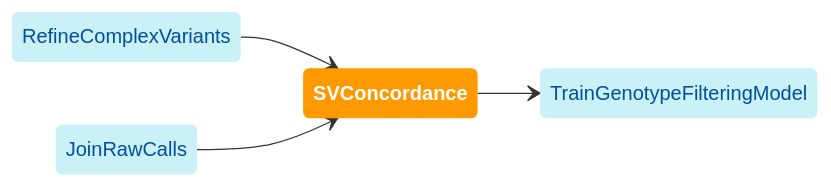
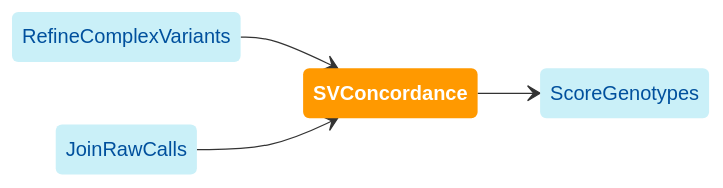
The diagram in website/docs/modules/concordance.md (broadinstitute/gatk-sv), drawn with Mermaid before and after one commit. The commit also changed 12 other files, not shown here.

Commit message:
Updated name of training workflow to ScoreGenotypes

````diff
--- a/website/docs/modules/concordance.md
+++ b/website/docs/modules/concordance.md
@@ -19,22 +19,22 @@
 ```mermaid
 
 stateDiagram
   direction LR
   
   classDef inModules stroke-width:0px,fill:#caf0f8,color:#00509d
   classDef thisModule font-weight:bold,stroke-width:0px,fill:#ff9900,color:white
   classDef outModules stroke-width:0px,fill:#caf0f8,color:#00509d
 
   refcv: RefineComplexVariants
   jrc: JoinRawCalls
   svc: SVConcordance
-  tgfm: TrainGenotypeFilteringModel
+  sg: ScoreGenotypes
   refcv --> svc
   jrc --> svc
-  svc --> tgfm
+  svc --> sg
   
   class svc thisModule
   class refcv inModules
   class jrc inModules
-  class tgfm outModules
+  class sg outModules
 ```
````
